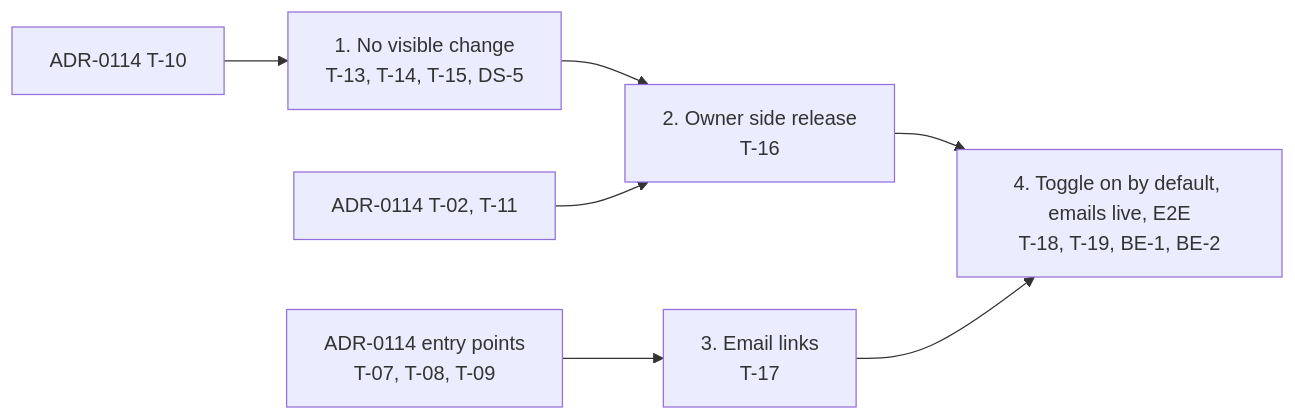
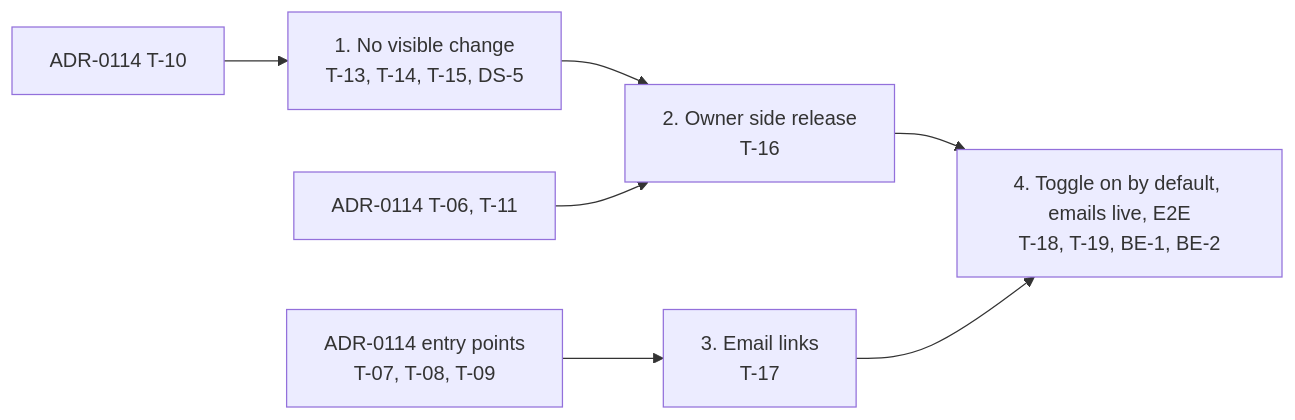
One commit to linagora/tmail-flutter changed the diagram in docs/adr/0115-manage-my-delegates.md. Above: the diagram before and after it, drawn with Mermaid. The commit also changed other lines of this file, not shown here.

Commit message:
fixup! docs(adr): add ADR-0115 for managing my delegates

````diff
--- a/docs/adr/0115-manage-my-delegates.md
+++ b/docs/adr/0115-manage-my-delegates.md
@@ -100,7 +100,7 @@
 ```mermaid
 flowchart LR
   P1["ADR-0114 T-10"] --> S1["1. No visible change<br/>T-13, T-14, T-15, DS-5"] --> S2["2. Owner side release<br/>T-16"]
-  P2["ADR-0114 T-02, T-11"] --> S2
+  P2["ADR-0114 T-06, T-11"] --> S2
   P3["ADR-0114 entry points<br/>T-07, T-08, T-09"] --> S3["3. Email links<br/>T-17"]
   S2 & S3 --> S4["4. Toggle on by default, emails live, E2E<br/>T-18, T-19, BE-1, BE-2"]
 ```
````
